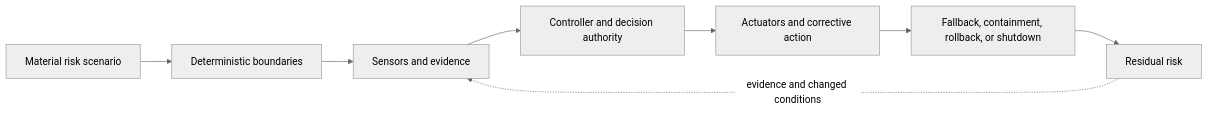
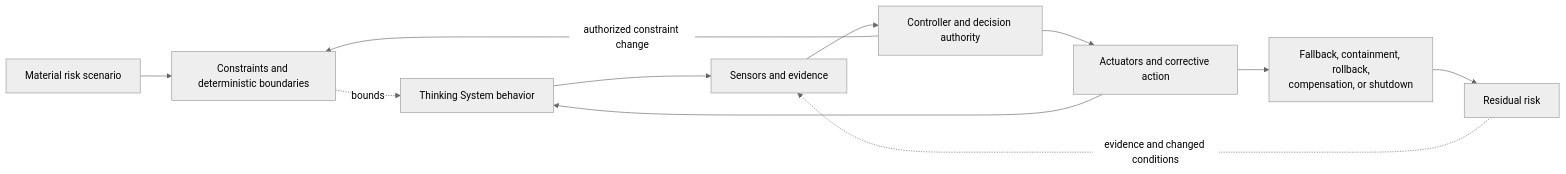
Before and after one commit to UncertaintyArchitectureGroup/uncertainty-architecture: the third of 3 diagrams in 01-patterns/project-control-architecture-and-viability-review.md, drawn with Mermaid (neutral theme). The commit also changed other lines of this file, not shown here.

Commit message:
docs: integrate project constraint architecture

````diff
--- a/01-patterns/project-control-architecture-and-viability-review.md
+++ b/01-patterns/project-control-architecture-and-viability-review.md
@@ -302,13 +358,18 @@
 ```mermaid
 flowchart LR
     R[Material risk scenario]
-    B[Deterministic boundaries]
+    K[Constraints and deterministic boundaries]
+    P[Thinking System behavior]
     S[Sensors and evidence]
     C[Controller and decision authority]
     A[Actuators and corrective action]
-    F[Fallback, containment, rollback, or shutdown]
+    F[Fallback, containment, rollback,<br/>compensation, or shutdown]
     RES[Residual risk]
 
-    R --> B --> S --> C --> A --> F --> RES
+    R --> K
+    K -. bounds .-> P
+    P --> S --> C --> A --> P
+    A --> F --> RES
     RES -. evidence and changed conditions .-> S
+    C -->|authorized constraint change| K
 ```
````
